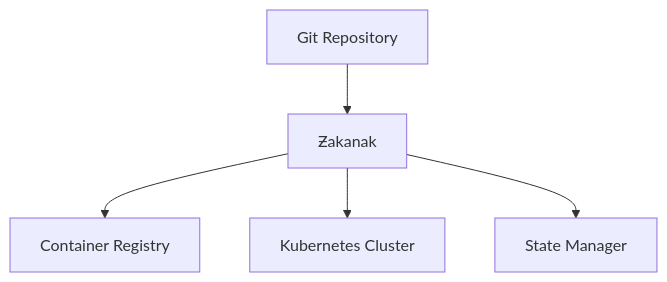
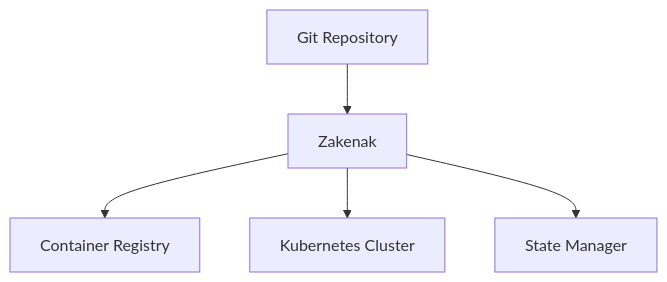
The diagram in README.md (i8megabit/zakenak), drawn with Mermaid before and after one commit. The commit also changed other lines of this file and 45 other files, not shown here.

````diff
--- a/README.md
+++ b/README.md
@@ -267,7 +300,7 @@
 ```mermaid
 graph TD
-    A[Git Repository] --> B[Ƶakanak]
+    A[Git Repository] --> B[Zakenak]
     B --> C[Container Registry]
     B --> D[Kubernetes Cluster]
     B --> E[State Manager]
 ```
````
